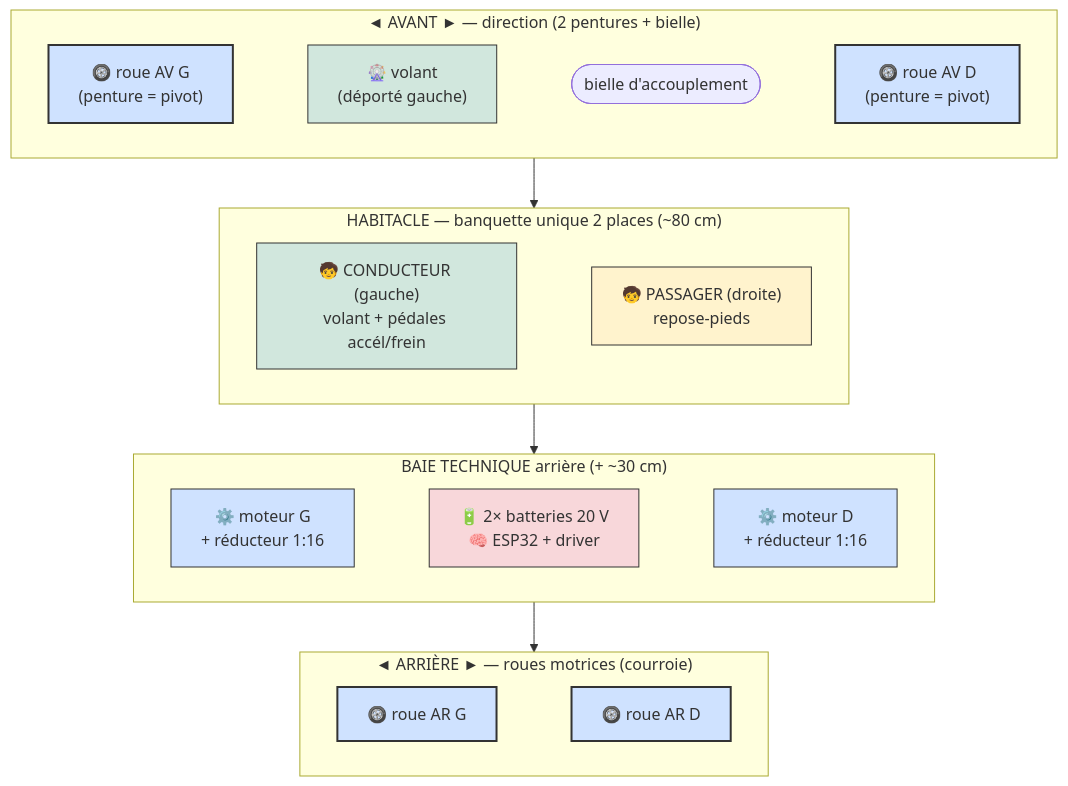
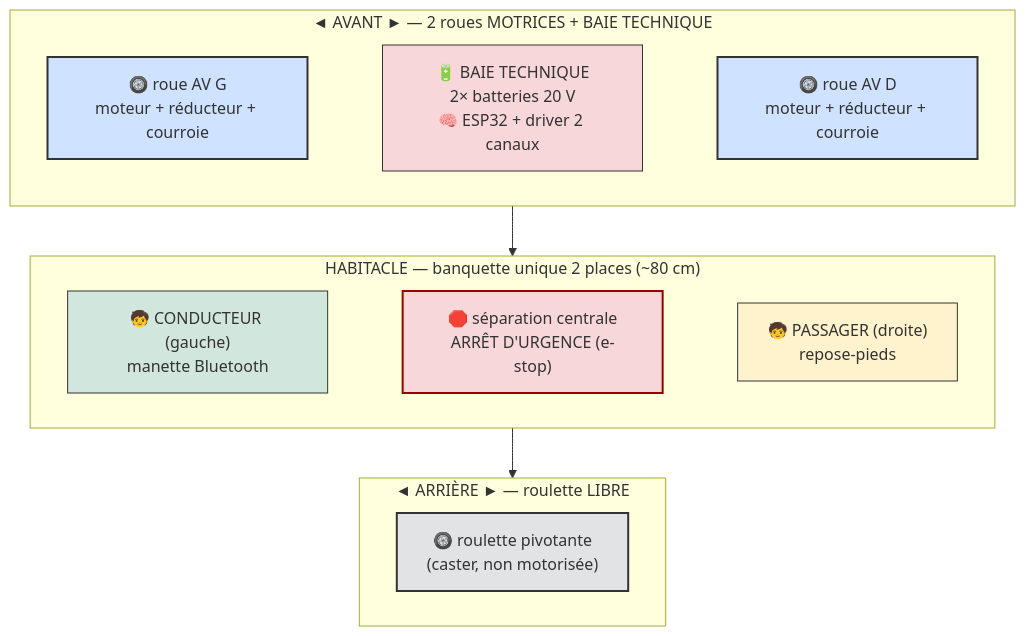
One commit to pinkymaxou/powered-soapbox-car changed the first of 10 diagrams in README.md. Above: the diagram before and after it, drawn with Mermaid. The commit also changed other lines of this file and 23 other files, not shown here.

First line of the commit message:
Kart à entraînement différentiel : moteurs avant + manette Bluetooth

````diff
--- a/README.md
+++ b/README.md
@@ -28,42 +28,35 @@
 ```mermaid
 flowchart TB
-    subgraph AV["◄ AVANT ► — direction (2 pentures + bielle)"]
+    subgraph AV["◄ AVANT ► — 2 roues MOTRICES + BAIE TECHNIQUE"]
         direction LR
-        AVG["🛞 roue AV G<br/>(penture = pivot)"]
-        VOL["🎡 volant<br/>(déporté gauche)"]
-        BIE(["bielle d'accouplement"])
-        AVD["🛞 roue AV D<br/>(penture = pivot)"]
-        AVG ~~~ VOL ~~~ BIE ~~~ AVD
+        AVG["🛞 roue AV G<br/>moteur + réducteur + courroie"]
+        BAY["🔋 BAIE TECHNIQUE<br/>2× batteries 20 V<br/>🧠 ESP32 + driver 2 canaux"]
+        AVD["🛞 roue AV D<br/>moteur + réducteur + courroie"]
+        AVG ~~~ BAY ~~~ AVD
     end
     subgraph CAB["HABITACLE — banquette unique 2 places (~80 cm)"]
         direction LR
-        COND["🧒 CONDUCTEUR (gauche)<br/>volant + pédales accél/frein"]
+        COND["🧒 CONDUCTEUR (gauche)<br/>manette Bluetooth"]
+        SEP["🛑 séparation centrale<br/>ARRÊT D'URGENCE (e-stop)"]
         PASS["🧒 PASSAGER (droite)<br/>repose-pieds"]
-        COND ~~~ PASS
+        COND ~~~ SEP ~~~ PASS
     end
-    subgraph BAY["BAIE TECHNIQUE arrière (+ ~30 cm)"]
+    subgraph AR["◄ ARRIÈRE ► — roulette LIBRE"]
         direction LR
-        MG["⚙️ moteur G<br/>+ réducteur 1:16"]
-        ELE["🔋 2× batteries 20 V<br/>🧠 ESP32 + driver"]
-        MD["⚙️ moteur D<br/>+ réducteur 1:16"]
-        MG ~~~ ELE ~~~ MD
+        ARC["🛞 roulette pivotante<br/>(caster, non motorisée)"]
     end
-    subgraph AR["◄ ARRIÈRE ► — roues motrices (courroie)"]
-        direction LR
-        ARG["🛞 roue AR G"]
-        ARD["🛞 roue AR D"]
-        ARG ~~~ ARD
-    end
-    AV --> CAB --> BAY --> AR
+    AV --> CAB --> AR
 
     classDef wheel fill:#cfe2ff,stroke:#333,stroke-width:2px;
+    classDef caster fill:#e2e3e5,stroke:#333,stroke-width:2px;
     classDef drv fill:#d1e7dd,stroke:#333;
     classDef pas fill:#fff3cd,stroke:#333;
     classDef elec fill:#f8d7da,stroke:#333;
-    classDef mot fill:#cfe2ff,stroke:#333;
-    class AVG,AVD,ARG,ARD wheel;
-    class COND,VOL drv;
+    classDef estop fill:#f8d7da,stroke:#900,stroke-width:2px;
+    class AVG,AVD wheel;
+    class ARC caster;
+    class COND drv;
     class PASS pas;
-    class MG,MD mot;
-    class ELE elec;
+    class BAY elec;
+    class SEP estop;
 ```
````
